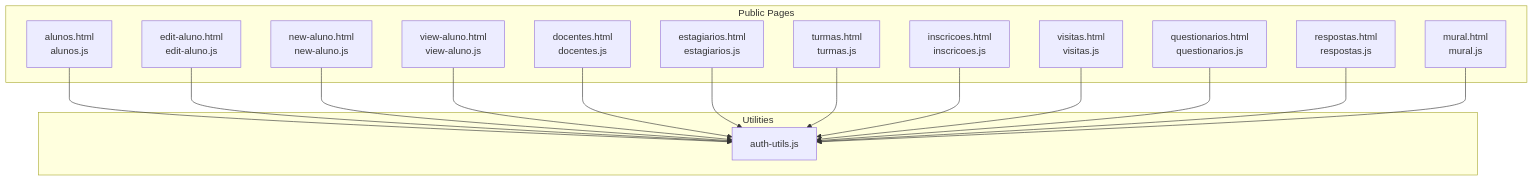
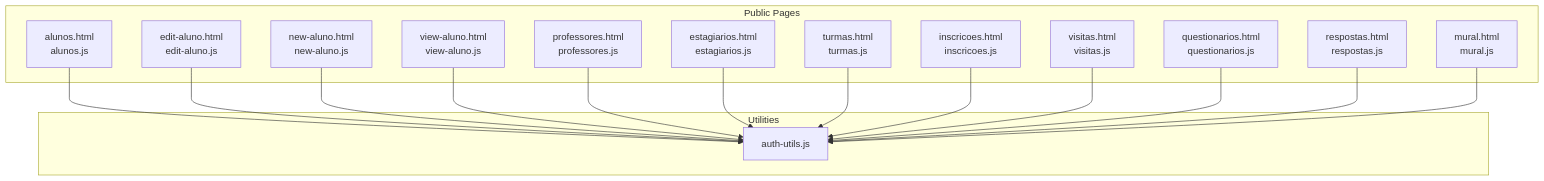
One commit to luiseduacosta/nodemural changed the first of 6 diagrams in .qoder/repowiki/en/content/Frontend Architecture/Entity Management Interfaces.md. Above: the diagram before and after it, drawn with Mermaid. The commit also changed other lines of this file and 25 other files, not shown here.

````diff
--- a/.qoder/repowiki/en/content/Frontend Architecture/Entity Management Interfaces.md
+++ b/.qoder/repowiki/en/content/Frontend Architecture/Entity Management Interfaces.md
@@ -46,32 +46,32 @@
 ```mermaid
 graph TB
 subgraph "Public Pages"
 A1["alunos.html<br/>alunos.js"]
 A2["edit-aluno.html<br/>edit-aluno.js"]
 A3["new-aluno.html<br/>new-aluno.js"]
 A4["view-aluno.html<br/>view-aluno.js"]
-D1["docentes.html<br/>docentes.js"]
+D1["professores.html<br/>professores.js"]
 E1["estagiarios.html<br/>estagiarios.js"]
 T1["turmas.html<br/>turmas.js"]
 I1["inscricoes.html<br/>inscricoes.js"]
 V1["visitas.html<br/>visitas.js"]
 Q1["questionarios.html<br/>questionarios.js"]
 R1["respostas.html<br/>respostas.js"]
 M1["mural.html<br/>mural.js"]
 end
 subgraph "Utilities"
 U1["auth-utils.js"]
 end
 A1 --> U1
 A2 --> U1
 A3 --> U1
 A4 --> U1
 D1 --> U1
 E1 --> U1
 T1 --> U1
 I1 --> U1
 V1 --> U1
 Q1 --> U1
 R1 --> U1
 M1 --> U1
 ```
````
